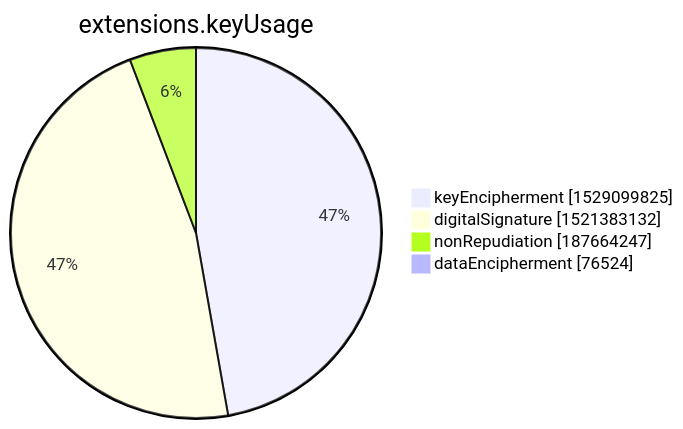
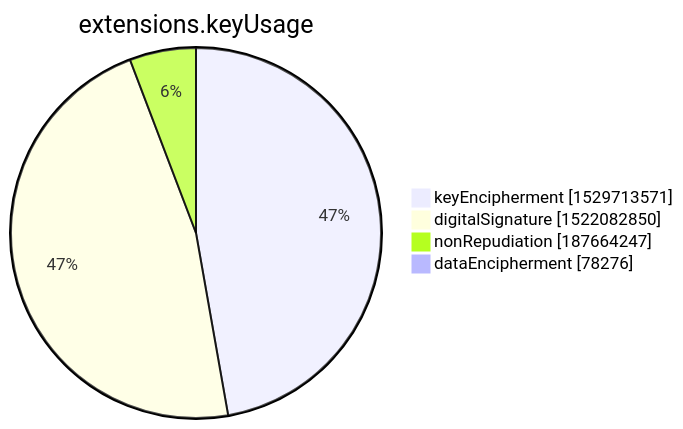
Before and after one commit to christiankrug/ctmonitor_visualization: the seventh of 15 diagrams in xenon2022/README.md, drawn with Mermaid. The commit also changed other lines of this file, not shown here.

````diff
--- a/xenon2022/README.md
+++ b/xenon2022/README.md
@@ -2849,8 +2849,8 @@
 ```mermaid
 pie showData
 title extensions.keyUsage
-"keyEncipherment" :1529099825
-"digitalSignature" :1521383132
+"keyEncipherment" :1529713571
+"digitalSignature" :1522082850
 "nonRepudiation" :187664247
-"dataEncipherment" :76524
+"dataEncipherment" :78276
 ```
````
